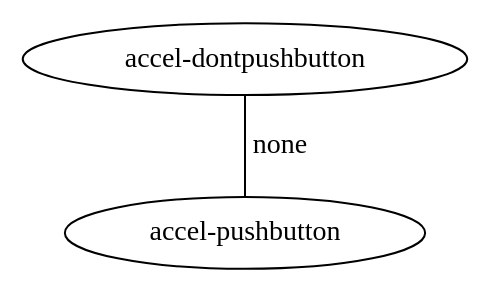
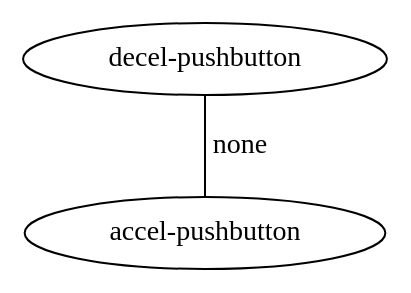
Before and after one commit to AlyssaLytle/DecPOMDP_Suite: the diagram in MADPtools/htree.dot, drawn with Graphviz. The commit also changed 64 other files, not shown here.

```diff
--- a/MADPtools/htree.dot
+++ b/MADPtools/htree.dot
@@ -1,6 +1,6 @@
 digraph human_tree {
 edge [dir=none];
-node0 [ label = "accel-dontpushbutton" ];
+node0 [ label = "decel-pushbutton" ];
 node1 [ label = "accel-pushbutton" ];
 node0 -> node1 [label="none"];
 }
```
